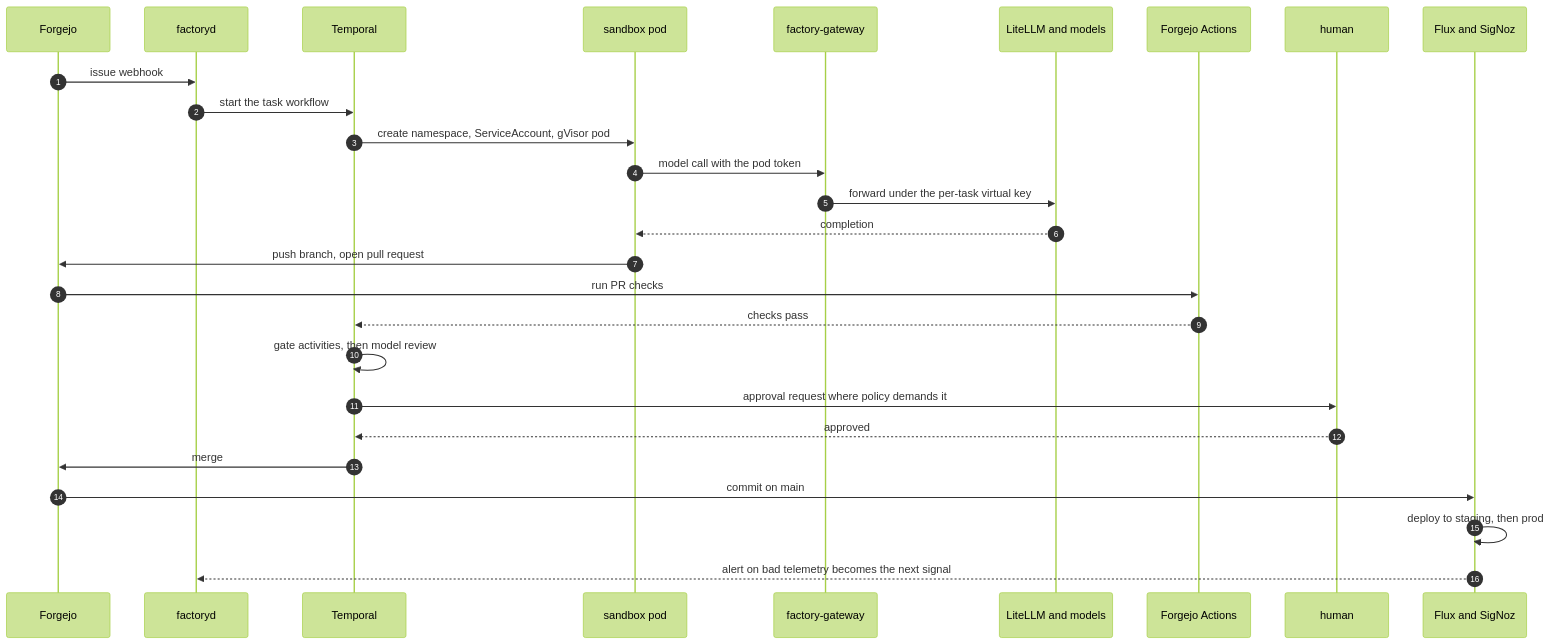
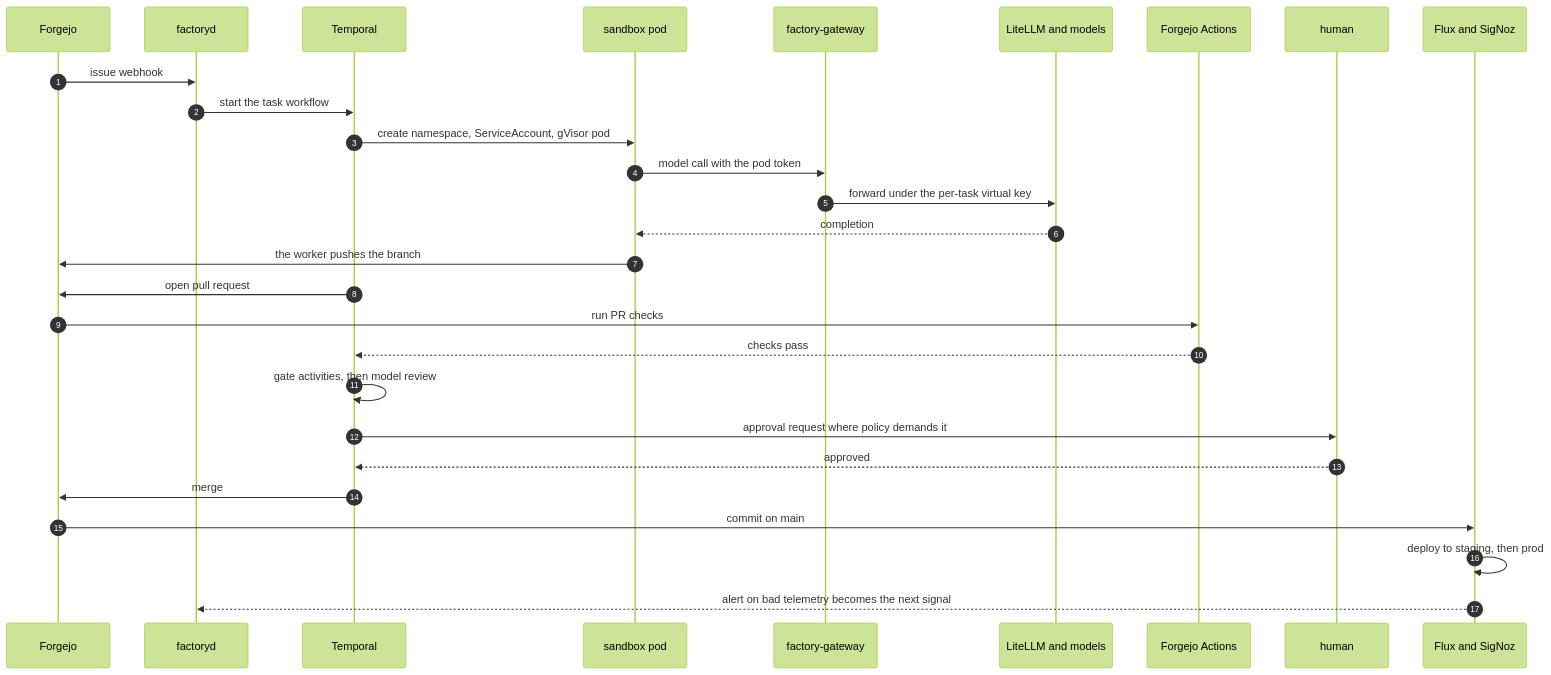
The fourth of 4 diagrams in docs/target-architecture.md (sebastianrueckerai/ai-software-factory), drawn with Mermaid (forest theme) before and after one commit. The commit also changed other lines of this file and 2 other files, not shown here.

````diff
--- a/docs/target-architecture.md
+++ b/docs/target-architecture.md
@@ -268,30 +268,31 @@
 ```mermaid
 sequenceDiagram
     autonumber
     participant ISS as Forgejo
     participant D as factoryd
     participant T as Temporal
     participant S as sandbox pod
     participant G as factory-gateway
     participant M as LiteLLM and models
     participant C as Forgejo Actions
     participant H as human
     participant P as Flux and SigNoz
 
     ISS->>D: issue webhook
     D->>T: start the task workflow
     T->>S: create namespace, ServiceAccount, gVisor pod
     S->>G: model call with the pod token
     G->>M: forward under the per-task virtual key
     M-->>S: completion
-    S->>ISS: push branch, open pull request
+    S->>ISS: the worker pushes the branch
+    T->>ISS: open pull request
     ISS->>C: run PR checks
     C-->>T: checks pass
     T->>T: gate activities, then model review
     T->>H: approval request where policy demands it
     H-->>T: approved
     T->>ISS: merge
     ISS->>P: commit on main
     P->>P: deploy to staging, then prod
     P-->>D: alert on bad telemetry becomes the next signal
 ```
````
